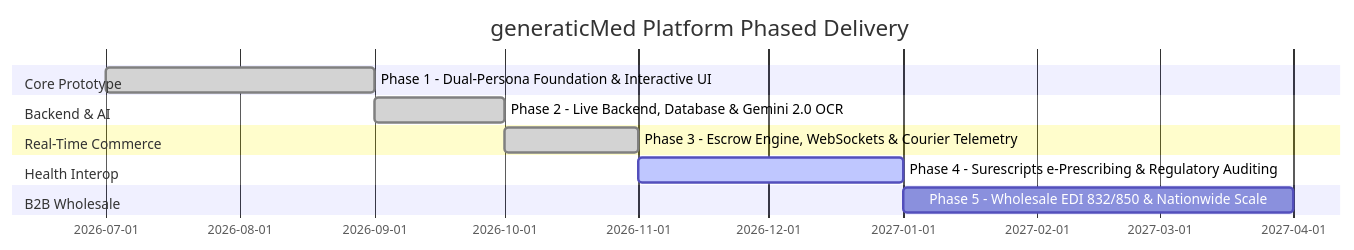
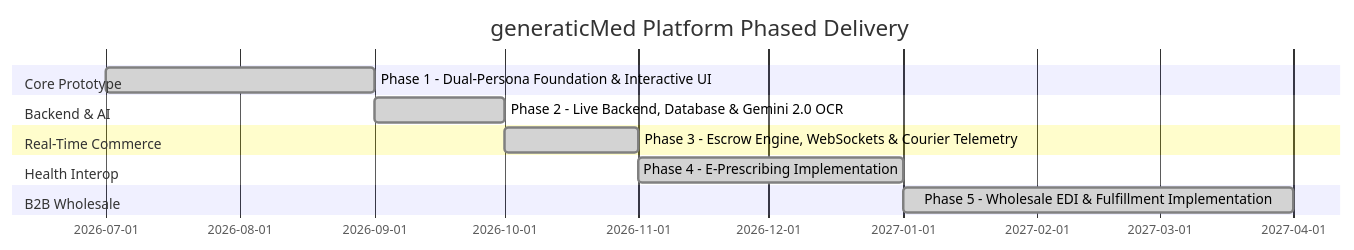
One commit to ramugaikwad0999-ops/Genera_teMedicine changed the diagram in phase.md. Above: the diagram before and after it, drawn with Mermaid. The commit also changed other lines of this file and 37 other files, not shown here.

````diff
--- a/phase.md
+++ b/phase.md
@@ -9,15 +9,15 @@
 ```mermaid
 gantt
     title generaticMed Platform Phased Delivery
     dateFormat  YYYY-MM
     section Core Prototype
     Phase 1 - Dual-Persona Foundation & Interactive UI :done, p1, 2026-07, 2026-09
     section Backend & AI
     Phase 2 - Live Backend, Database & Gemini 2.0 OCR :done, p2, 2026-09, 2026-10
     section Real-Time Commerce
     Phase 3 - Escrow Engine, WebSockets & Courier Telemetry :done, p3, 2026-10, 2026-11
     section Health Interop
-    Phase 4 - Surescripts e-Prescribing & Regulatory Auditing :active, p4, 2026-11, 2027-01
+    Phase 4 - E-Prescribing Implementation :done, p4, 2026-11, 2027-01
     section B2B Wholesale
-    Phase 5 - Wholesale EDI 832/850 & Nationwide Scale : p5, 2027-01, 2027-04
+    Phase 5 - Wholesale EDI & Fulfillment Implementation :done, p5, 2027-01, 2027-04
 ```
````
